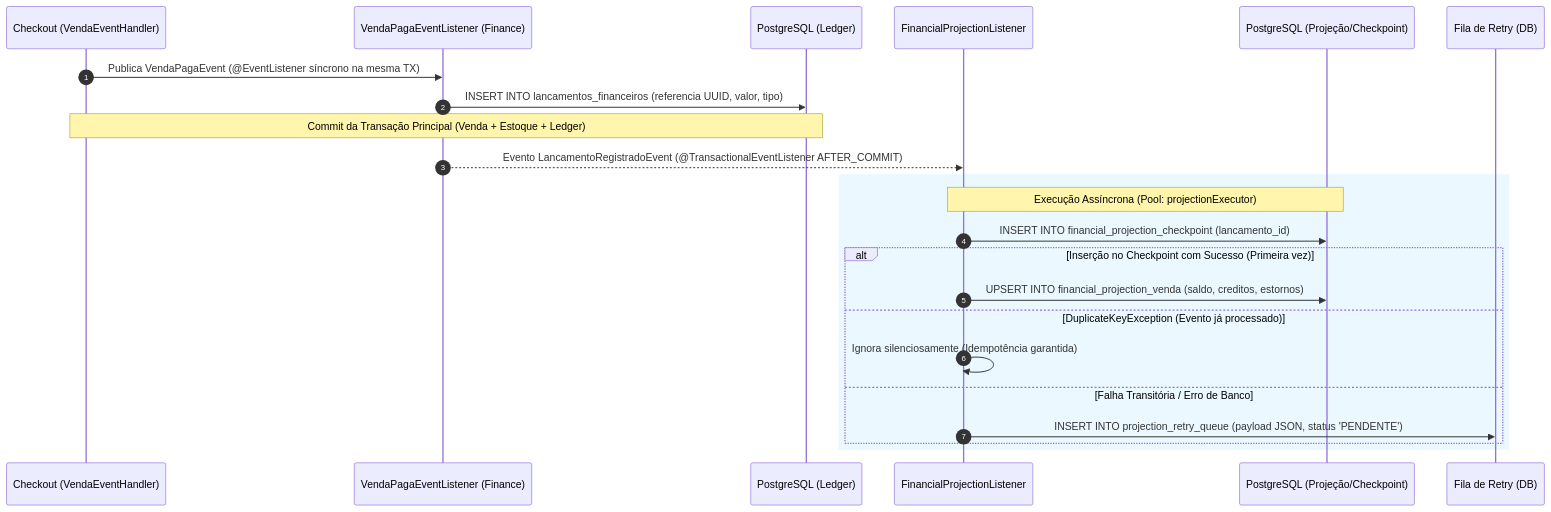
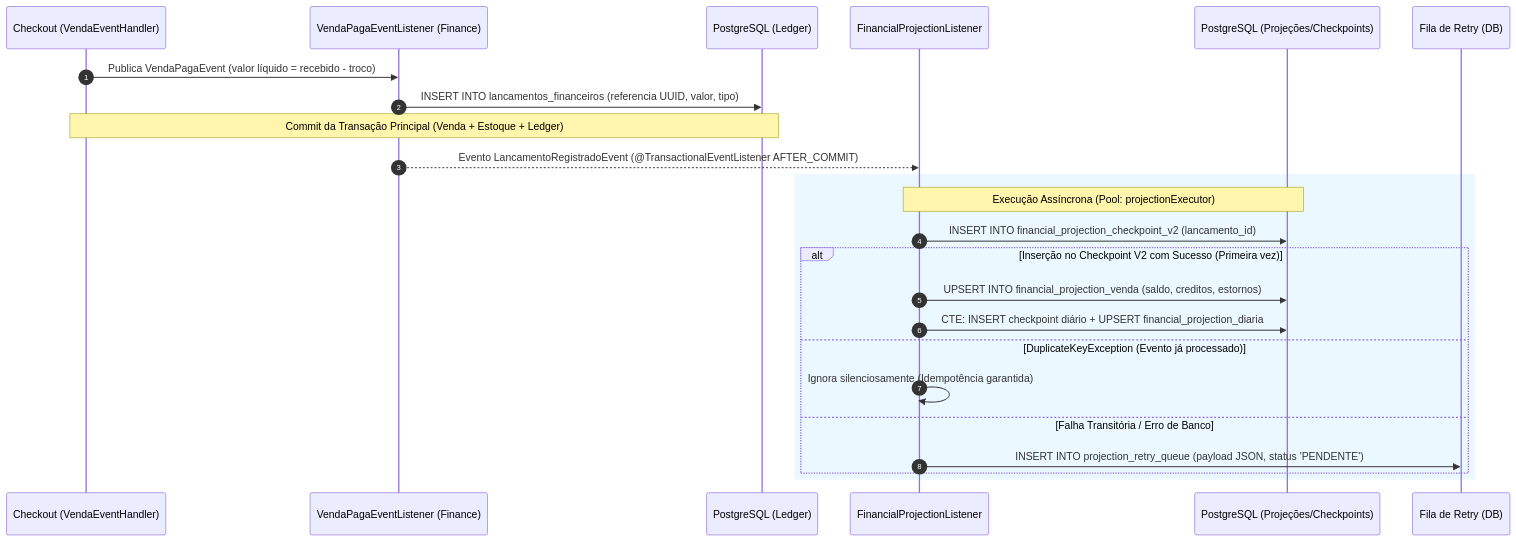
One commit to iXDGabrielTK/petshop-microservices changed the first of 3 diagrams in docs/domains/finance.md. Above: the diagram before and after it, drawn with Mermaid. The commit also changed other lines of this file and 13 other files, not shown here.

````diff
--- a/docs/domains/finance.md
+++ b/docs/domains/finance.md
@@ -26,28 +29,29 @@
 ```mermaid
 sequenceDiagram
     autonumber
     participant Checkout as Checkout (VendaEventHandler)
     participant VendaPagaListener as VendaPagaEventListener (Finance)
     participant LedgerDB as PostgreSQL (Ledger)
     participant Listener as FinancialProjectionListener
-    participant ProjDB as PostgreSQL (Projeção/Checkpoint)
+    participant ProjDB as PostgreSQL (Projeções/Checkpoints)
     participant RetryQueue as Fila de Retry (DB)
 
-    Checkout->>VendaPagaListener: Publica VendaPagaEvent (@EventListener síncrono na mesma TX)
+    Checkout->>VendaPagaListener: Publica VendaPagaEvent (valor líquido = recebido - troco)
     VendaPagaListener->>LedgerDB: INSERT INTO lancamentos_financeiros (referencia UUID, valor, tipo)
     Note over Checkout,LedgerDB: Commit da Transação Principal (Venda + Estoque + Ledger)
     
     VendaPagaListener-->>Listener: Evento LancamentoRegistradoEvent (@TransactionalEventListener AFTER_COMMIT)
     
     rect rgb(235, 248, 255)
         Note over Listener,ProjDB: Execução Assíncrona (Pool: projectionExecutor)
-        Listener->>ProjDB: INSERT INTO financial_projection_checkpoint (lancamento_id)
-        alt Inserção no Checkpoint com Sucesso (Primeira vez)
+        Listener->>ProjDB: INSERT INTO financial_projection_checkpoint_v2 (lancamento_id)
+        alt Inserção no Checkpoint V2 com Sucesso (Primeira vez)
             Listener->>ProjDB: UPSERT INTO financial_projection_venda (saldo, creditos, estornos)
+            Listener->>ProjDB: CTE: INSERT checkpoint diário + UPSERT financial_projection_diaria
         else DuplicateKeyException (Evento já processado)
             Listener->>Listener: Ignora silenciosamente (Idempotência garantida)
         else Falha Transitória / Erro de Banco
             Listener->>RetryQueue: INSERT INTO projection_retry_queue (payload JSON, status 'PENDENTE')
         end
     end
 ```
````
